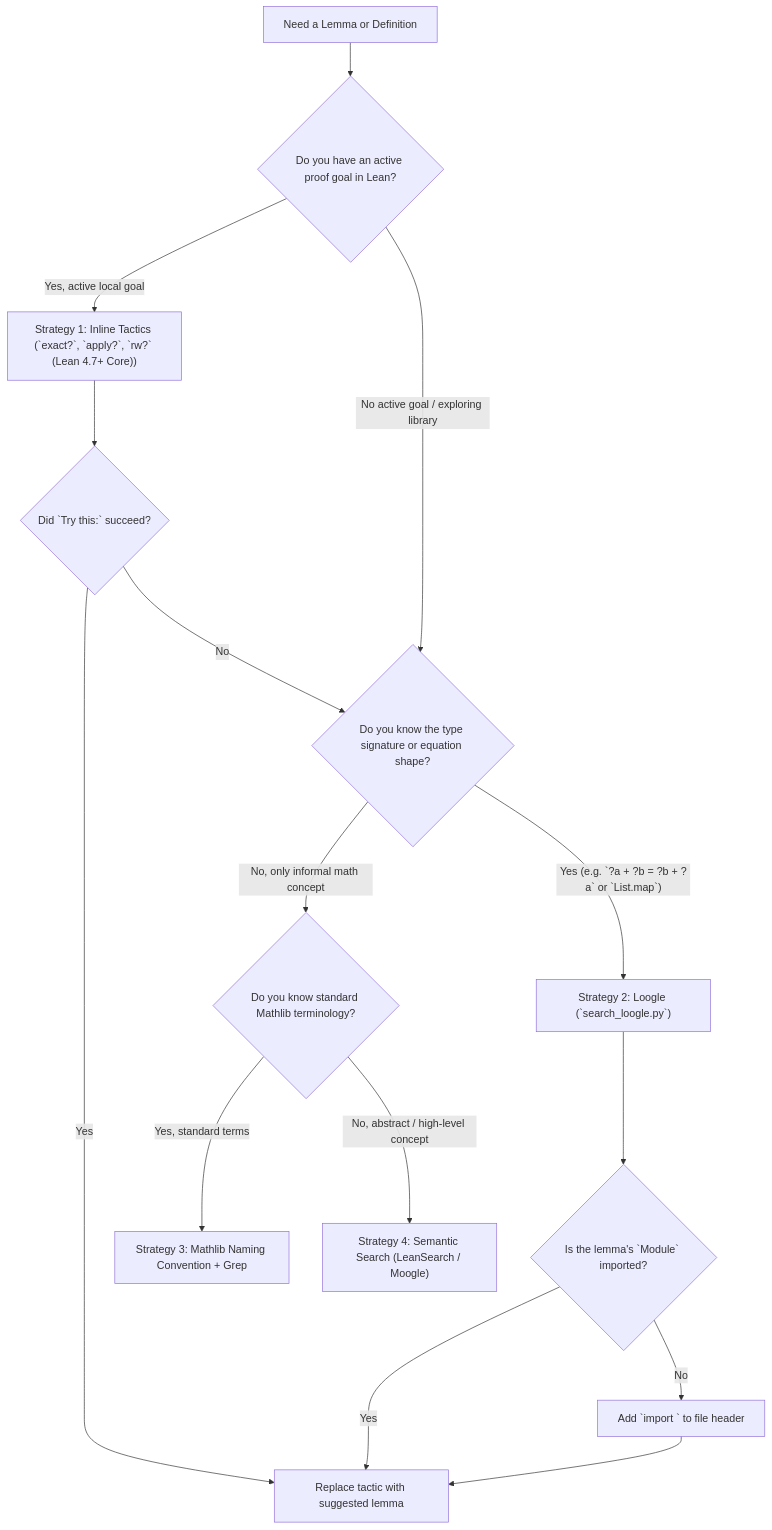
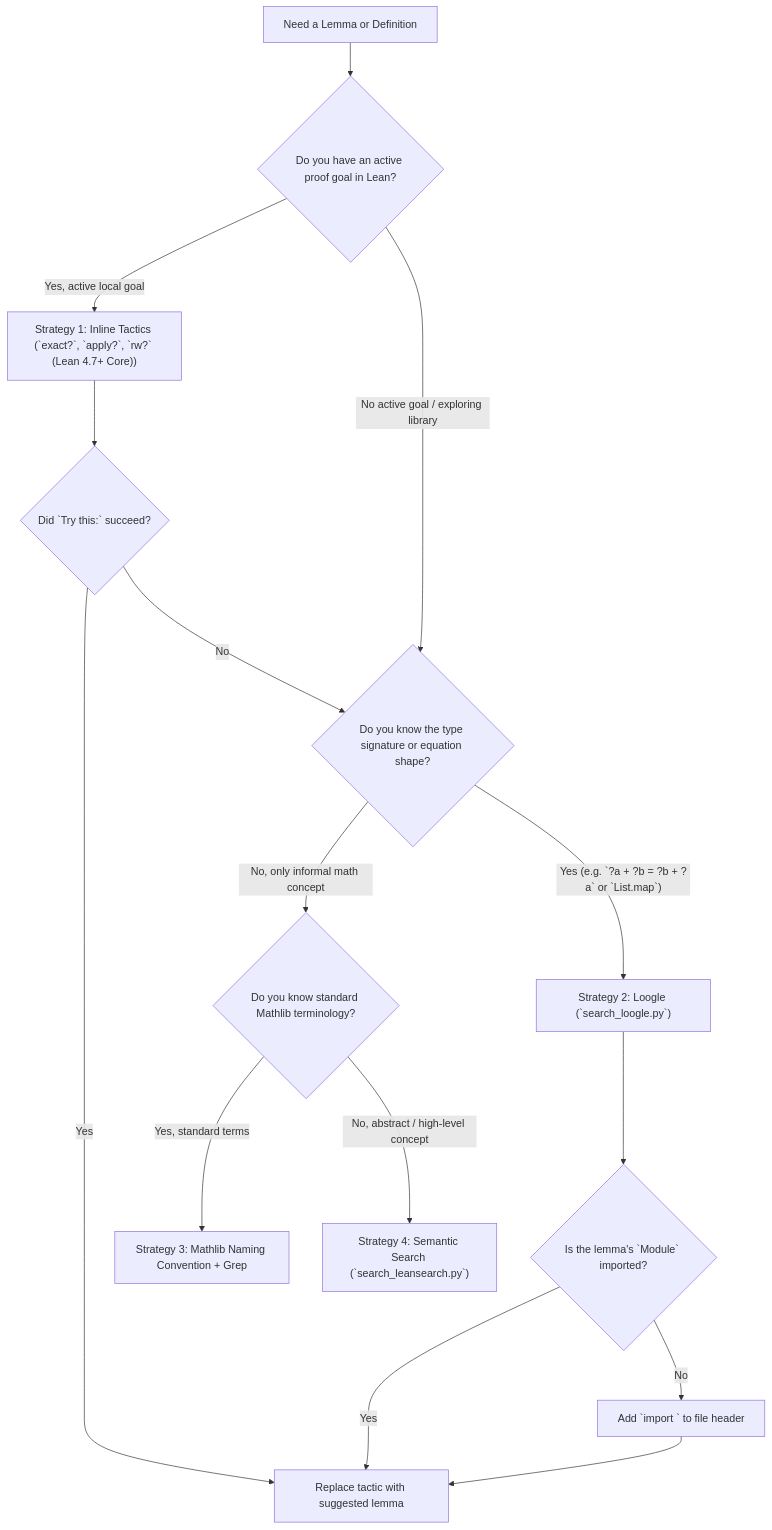
One commit to MI-1222/lean4-skills changed the diagram in skills/lean4-mathlib-search/SKILL.md. Above: the diagram before and after it, drawn with Mermaid. The commit also changed other lines of this file and 3 other files, not shown here.

````diff
--- a/skills/lean4-mathlib-search/SKILL.md
+++ b/skills/lean4-mathlib-search/SKILL.md
@@ -40,19 +40,19 @@
 ```mermaid
 graph TD
     Start["Need a Lemma or Definition"] --> Q1{"Do you have an active proof goal in Lean?"}
     Q1 -- "Yes, active local goal" --> TryLocal["Strategy 1: Inline Tactics (`exact?`, `apply?`, `rw?` (Lean 4.7+ Core))"]
     TryLocal --> LCheck{"Did `Try this:` succeed?"}
     LCheck -- "Yes" --> Replace["Replace tactic with suggested lemma"]
     LCheck -- "No" --> Q2
 
     Q1 -- "No active goal / exploring library" --> Q2{"Do you know the type signature or equation shape?"}
     Q2 -- "Yes (e.g. `?a + ?b = ?b + ?a` or `List.map`)" --> Loogle["Strategy 2: Loogle (`search_loogle.py`)"]
     Loogle --> ImpCheck{"Is the lemma's `Module` imported?"}
     ImpCheck -- "No" --> AddImp["Add `import <Module>` to file header"]
     ImpCheck -- "Yes" --> Replace
     AddImp --> Replace
     Q2 -- "No, only informal math concept" --> Q3{"Do you know standard Mathlib terminology?"}
 
     Q3 -- "Yes, standard terms" --> Naming["Strategy 3: Mathlib Naming Convention + Grep"]
-    Q3 -- "No, abstract / high-level concept" --> Semantic["Strategy 4: Semantic Search (LeanSearch / Moogle)"]
+    Q3 -- "No, abstract / high-level concept" --> Semantic["Strategy 4: Semantic Search (`search_leansearch.py`)"]
 ```
````
